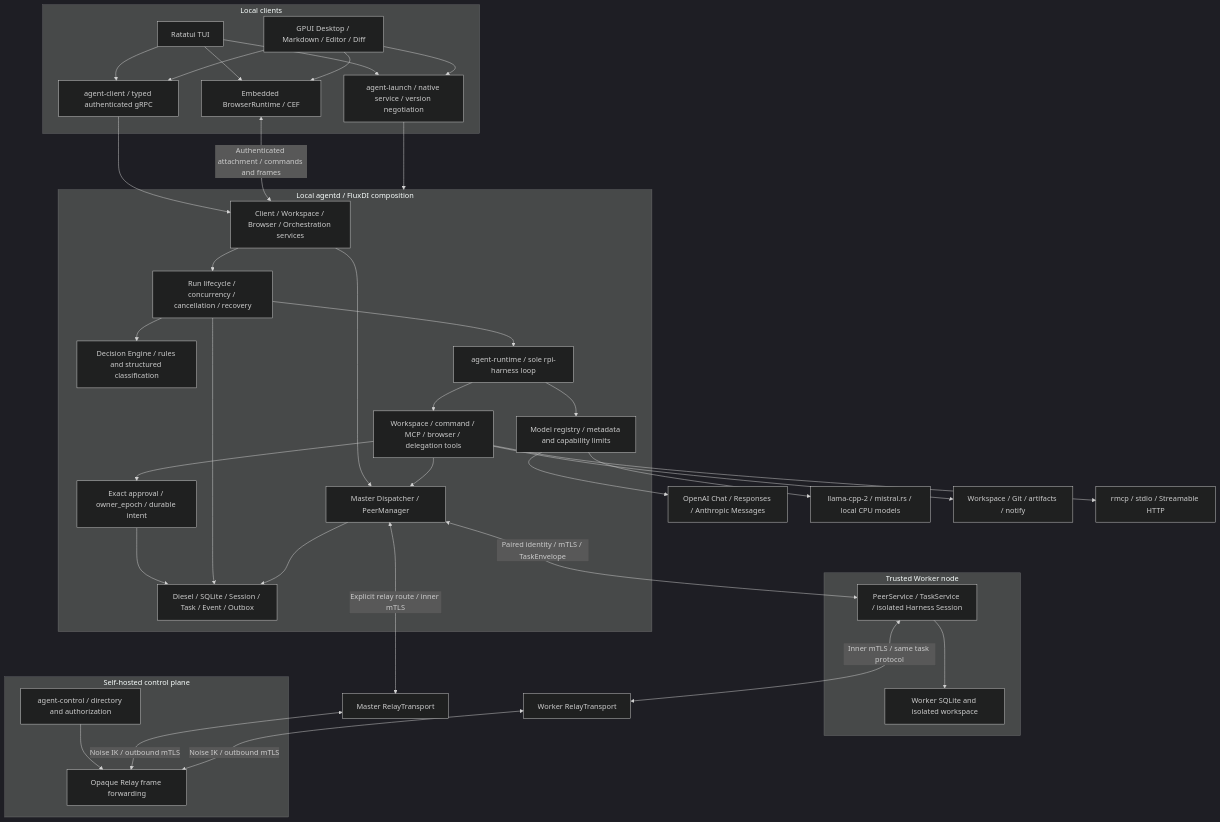
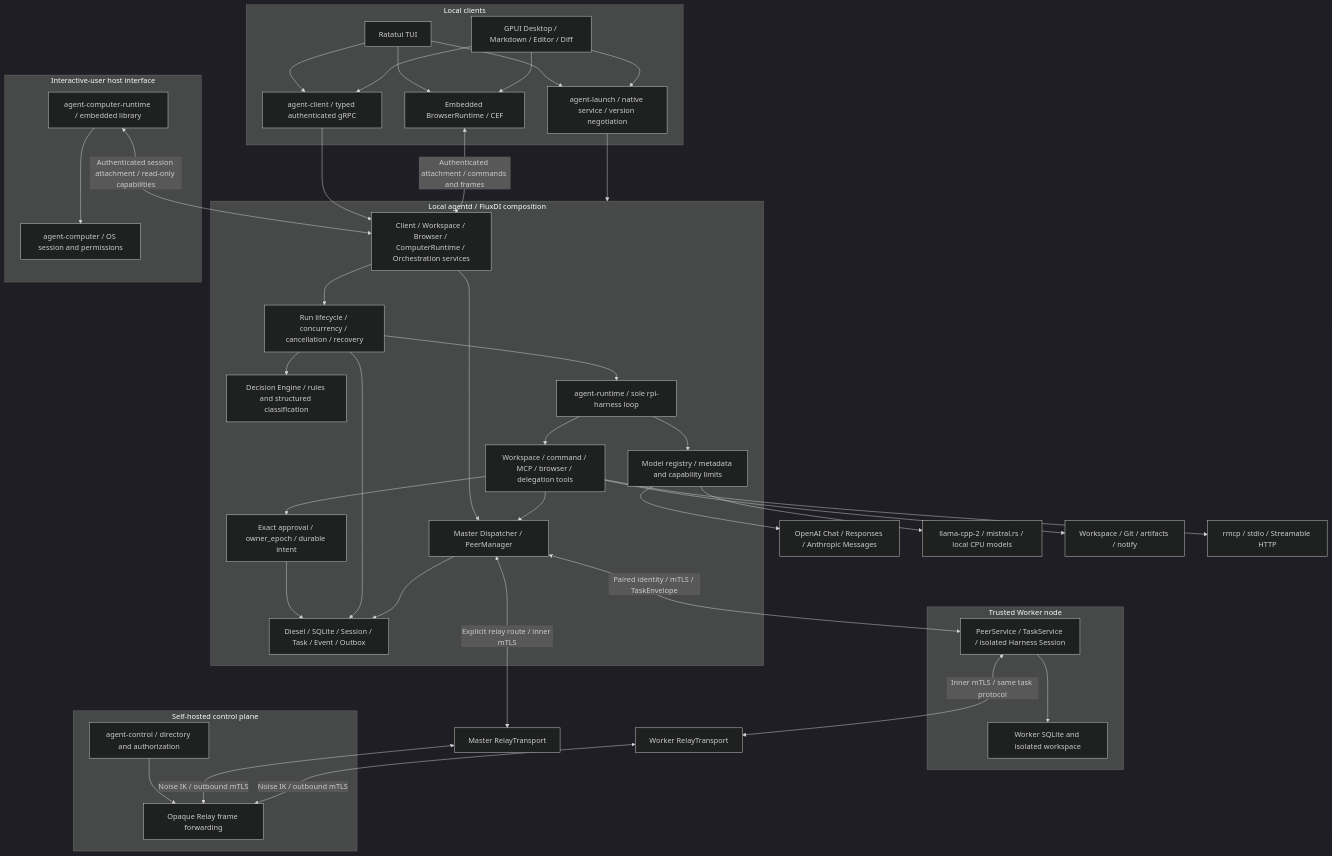
The first of 4 diagrams in docs/en/src/architecture.md (lyonbrown4d/lyonbrown), drawn with Mermaid (dark theme) before and after one commit. The commit also changed other lines of this file and 29 other files, not shown here.

Commit message:
feat: attach computer runtime to authenticated daemon sessions

````diff
--- a/docs/en/src/architecture.md
+++ b/docs/en/src/architecture.md
@@ -7,62 +7,68 @@
 ```mermaid
 flowchart TB
     subgraph Clients[Local clients]
         CLI[Ratatui TUI]
         Desktop[GPUI Desktop / Markdown / Editor / Diff]
         Launcher[agent-launch / native service / version negotiation]
         Client[agent-client / typed authenticated gRPC]
         CLI --> Launcher
         Desktop --> Launcher
         CLI --> Client
         Desktop --> Client
         Browser[Embedded BrowserRuntime / CEF]
         CLI --> Browser
         Desktop --> Browser
     end
     subgraph Agentd[Local agentd / FluxDI composition]
-        API[Client / Workspace / Browser / Orchestration services]
+        API[Client / Workspace / Browser / ComputerRuntime / Orchestration services]
         Decision[Decision Engine / rules and structured classification]
         Run[Run lifecycle / concurrency / cancellation / recovery]
         Harness[agent-runtime / sole rpi-harness loop]
         Model[Model registry / metadata and capability limits]
         Tools[Workspace / command / MCP / browser / delegation tools]
         Approval[Exact approval / owner_epoch / durable intent]
         Store[Diesel / SQLite / Session / Task / Event / Outbox]
         Dispatcher[Master Dispatcher / PeerManager]
         API --> Run
         API --> Dispatcher
         Run --> Decision
         Run --> Harness
         Harness --> Model
         Harness --> Tools
         Tools --> Approval
         Tools --> Dispatcher
         Approval --> Store
         Run --> Store
         Dispatcher --> Store
     end
     Client --> API
     Launcher --> Agentd
     Browser <-->|Authenticated attachment / commands and frames| API
+    subgraph NativeHost[Interactive-user host interface]
+        Computer[agent-computer-runtime / embedded library]
+        OS[agent-computer / OS session and permissions]
+        Computer --> OS
+    end
+    Computer <-->|Authenticated session attachment / read-only capabilities| API
     Model --> Remote[OpenAI Chat / Responses / Anthropic Messages]
     Model --> Native[llama-cpp-2 / mistral.rs / local CPU models]
     Tools --> Workspace[Workspace / Git / artifacts / notify]
     Tools --> MCP[rmcp / stdio / Streamable HTTP]
     subgraph PeerNode[Trusted Worker node]
         Worker[PeerService / TaskService / isolated Harness Session]
         WorkerStore[Worker SQLite and isolated workspace]
         Worker --> WorkerStore
     end
     Dispatcher <-->|Paired identity / mTLS / TaskEnvelope| Worker
     subgraph WAN[Self-hosted control plane]
         Control[agent-control / directory and authorization]
         Relay[Opaque Relay frame forwarding]
         Control --> Relay
     end
     MasterRelay[Master RelayTransport]
     WorkerRelay[Worker RelayTransport]
     Dispatcher <-->|Explicit relay route / inner mTLS| MasterRelay
     Worker <-->|Inner mTLS / same task protocol| WorkerRelay
     MasterRelay <-->|Noise IK / outbound mTLS| Relay
     WorkerRelay <-->|Noise IK / outbound mTLS| Relay
 ```
````
